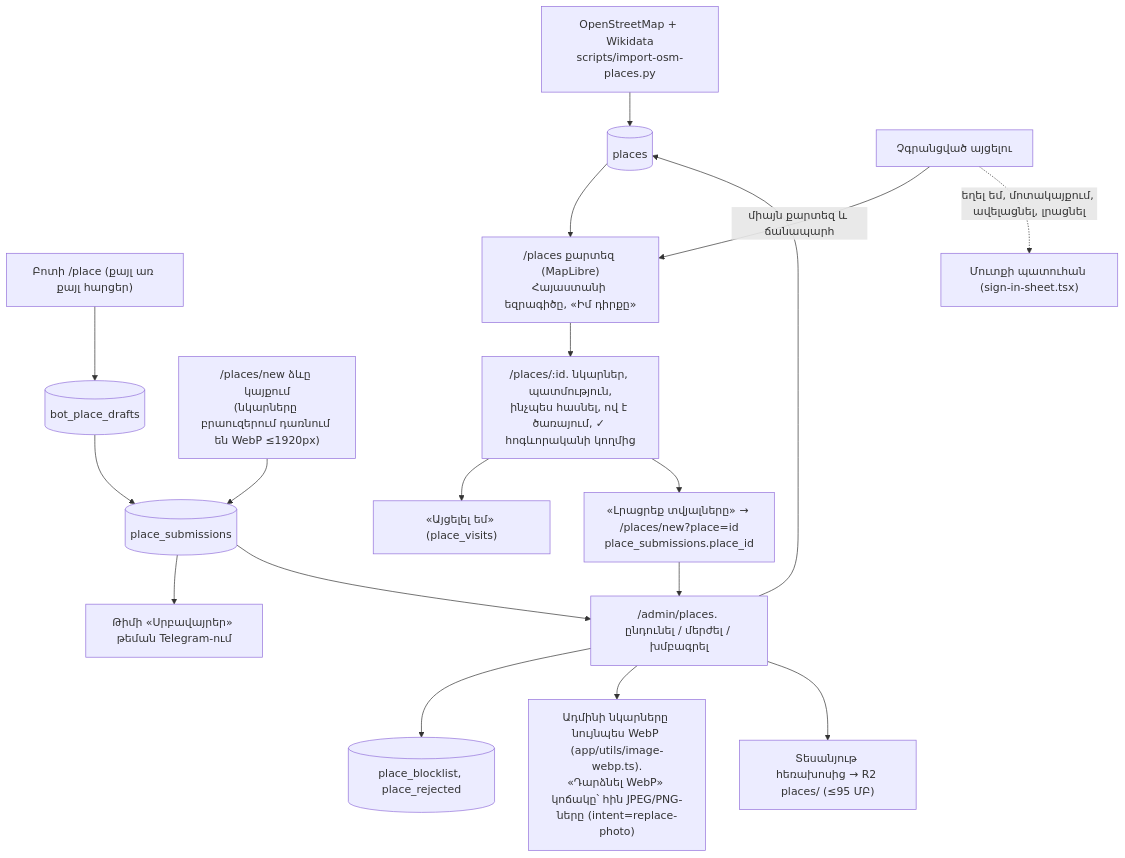
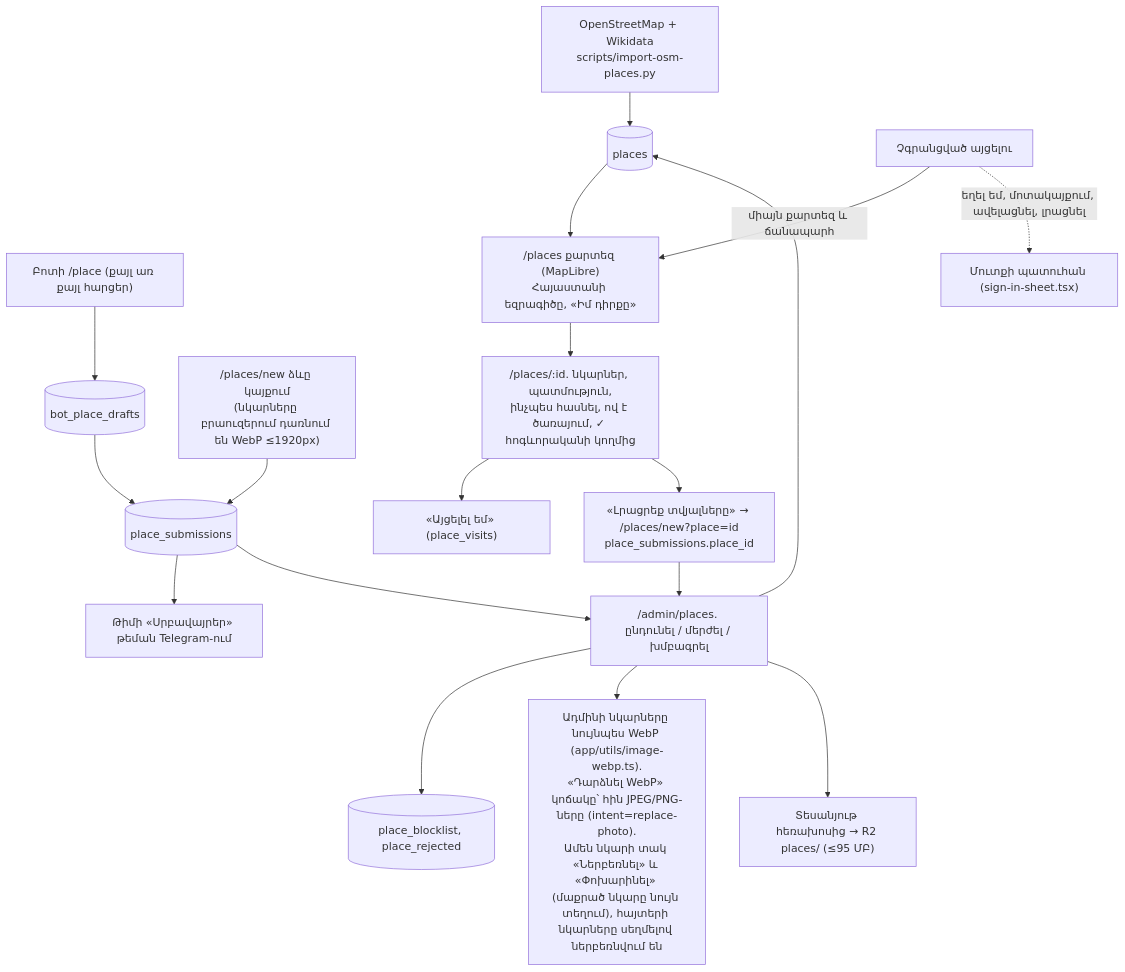
One commit to T0n0yan/armenian-apostolic-digital-library changed diagram 12 of 26 in docs/ARCHITECTURE.md. Above: the diagram before and after it, drawn with Mermaid. The commit also changed 3 other files, not shown here.

First line of the commit message:
Սրբավայրի նկարները ներբեռնել և փոխարինել ադմինում

````diff
--- a/docs/ARCHITECTURE.md
+++ b/docs/ARCHITECTURE.md
@@ -445,19 +445,19 @@
 ```mermaid
 flowchart TD
   OSM["OpenStreetMap + Wikidata<br/>scripts/import-osm-places.py"] --> PL[("places")]
   BOTP["Բոտի /place (քայլ առ քայլ հարցեր)"] --> DR[("bot_place_drafts")] --> SUB[("place_submissions")]
   WEB["/places/new ձևը կայքում<br/>(նկարները բրաուզերում դառնում են WebP ≤1920px)"] --> SUB
   SUB --> TEAM["Թիմի «Սրբավայրեր» թեման Telegram-ում"]
   SUB --> ADM["/admin/places. ընդունել / մերժել / խմբագրել"]
   ADM --> PL
   ADM --> BL[("place_blocklist, place_rejected")]
-  ADM --> WEBP["Ադմինի նկարները նույնպես WebP (app/utils/image-webp.ts).<br/>«Դարձնել WebP» կոճակը՝ հին JPEG/PNG-ները (intent=replace-photo)"]
+  ADM --> WEBP["Ադմինի նկարները նույնպես WebP (app/utils/image-webp.ts).<br/>«Դարձնել WebP» կոճակը՝ հին JPEG/PNG-ները (intent=replace-photo).<br/>Ամեն նկարի տակ «Ներբեռնել» և «Փոխարինել» (մաքրած նկարը նույն տեղում), հայտերի նկարները սեղմելով ներբեռնվում են"]
   ADM --> VID["Տեսանյութ հեռախոսից → R2 places/ (≤95 ՄԲ)"]
   PL --> MAP["/places քարտեզ (MapLibre)<br/>Հայաստանի եզրագիծը, «Իմ դիրքը»"]
   MAP --> ONE["/places/:id. նկարներ, պատմություն,<br/>ինչպես հասնել, ով է ծառայում, ✓ հոգևորականի կողմից"]
   ONE --> VIS["«Այցելել եմ» (place_visits)"]
   ONE --> FILL["«Լրացրեք տվյալները» → /places/new?place=id<br/>place_submissions.place_id"]
   FILL --> ADM
   GUEST["Չգրանցված այցելու"] -->|"միայն քարտեզ և ճանապարհ"| MAP
   GUEST -.->|"եղել եմ, մոտակայքում, ավելացնել, լրացնել"| SIGN["Մուտքի պատուհան (sign-in-sheet.tsx)"]
 ```
````
